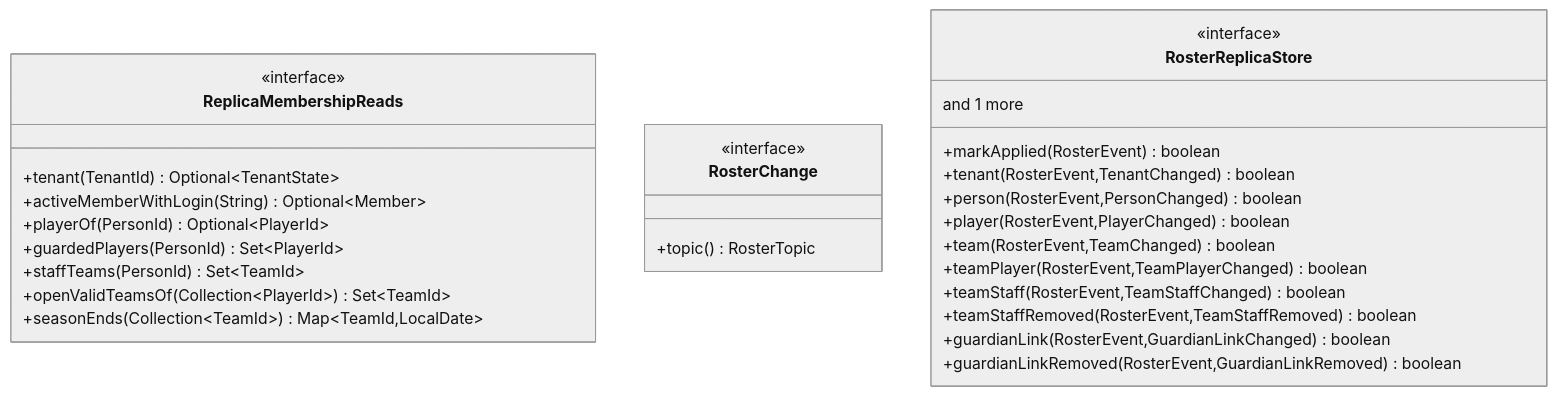
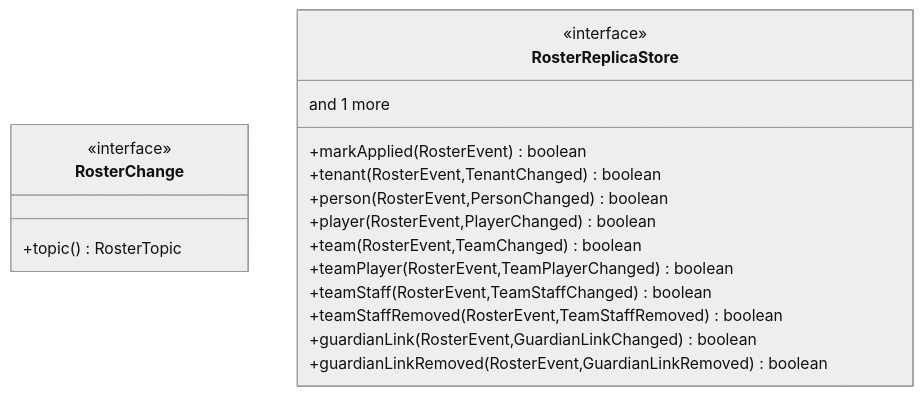
Before and after one commit to davidbejar/hoops-academy: diagram 13 of 13 in docs/domain/athlete-model.md, drawn with Mermaid (neutral theme). The commit also changed 9 other files, not shown here.

````diff
--- a/docs/domain/athlete-model.md
+++ b/docs/domain/athlete-model.md
@@ -961,31 +961,21 @@
 ```mermaid
 classDiagram
-    class ReplicaMembershipReads {
-        <<interface>>
-        +tenant(TenantId) Optional~TenantState~
-        +activeMemberWithLogin(String) Optional~Member~
-        +playerOf(PersonId) Optional~PlayerId~
-        +guardedPlayers(PersonId) Set~PlayerId~
-        +staffTeams(PersonId) Set~TeamId~
-        +openValidTeamsOf(Collection~PlayerId~) Set~TeamId~
-        +seasonEnds(Collection~TeamId~) Map~TeamId,LocalDate~
-    }
     class RosterChange {
         <<interface>>
         +topic() RosterTopic
     }
     class RosterReplicaStore {
         <<interface>>
         +markApplied(RosterEvent) boolean
         +tenant(RosterEvent,TenantChanged) boolean
         +person(RosterEvent,PersonChanged) boolean
         +player(RosterEvent,PlayerChanged) boolean
         +team(RosterEvent,TeamChanged) boolean
         +teamPlayer(RosterEvent,TeamPlayerChanged) boolean
         +teamStaff(RosterEvent,TeamStaffChanged) boolean
         +teamStaffRemoved(RosterEvent,TeamStaffRemoved) boolean
         +guardianLink(RosterEvent,GuardianLinkChanged) boolean
         +guardianLinkRemoved(RosterEvent,GuardianLinkRemoved) boolean
         and 1 more
     }
 ```
````
